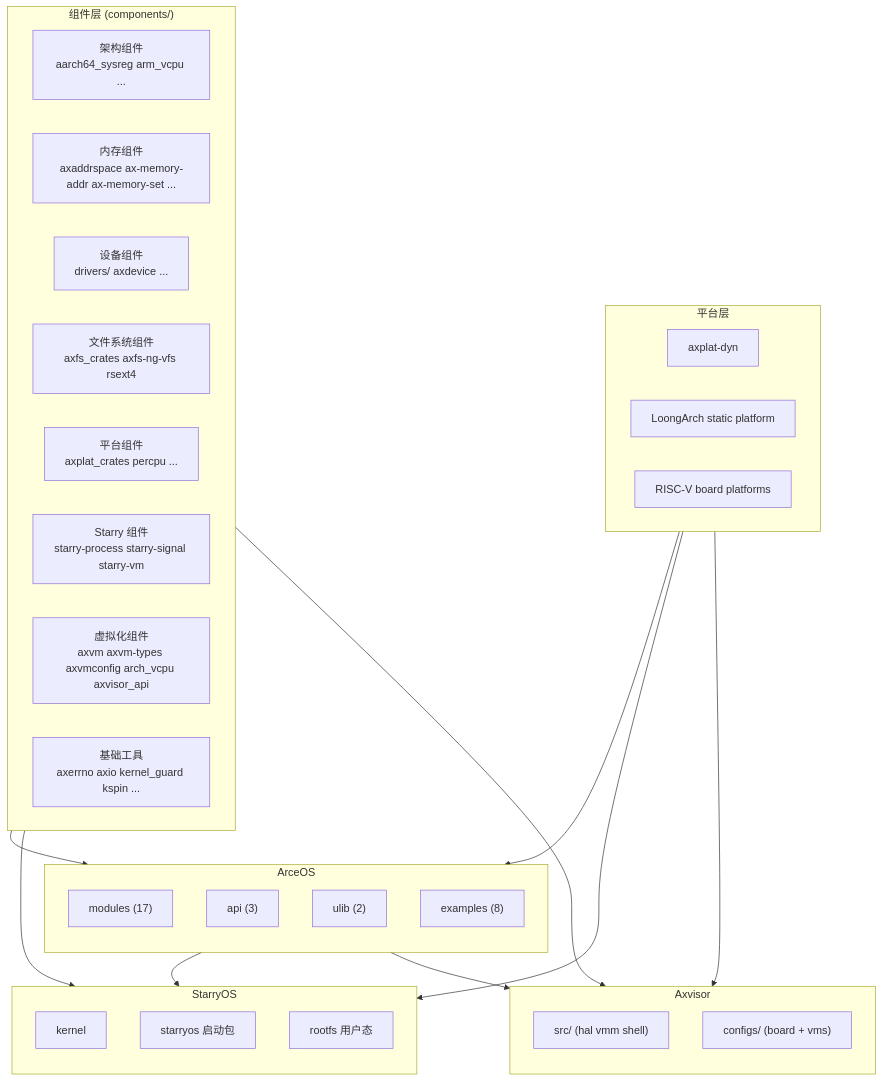
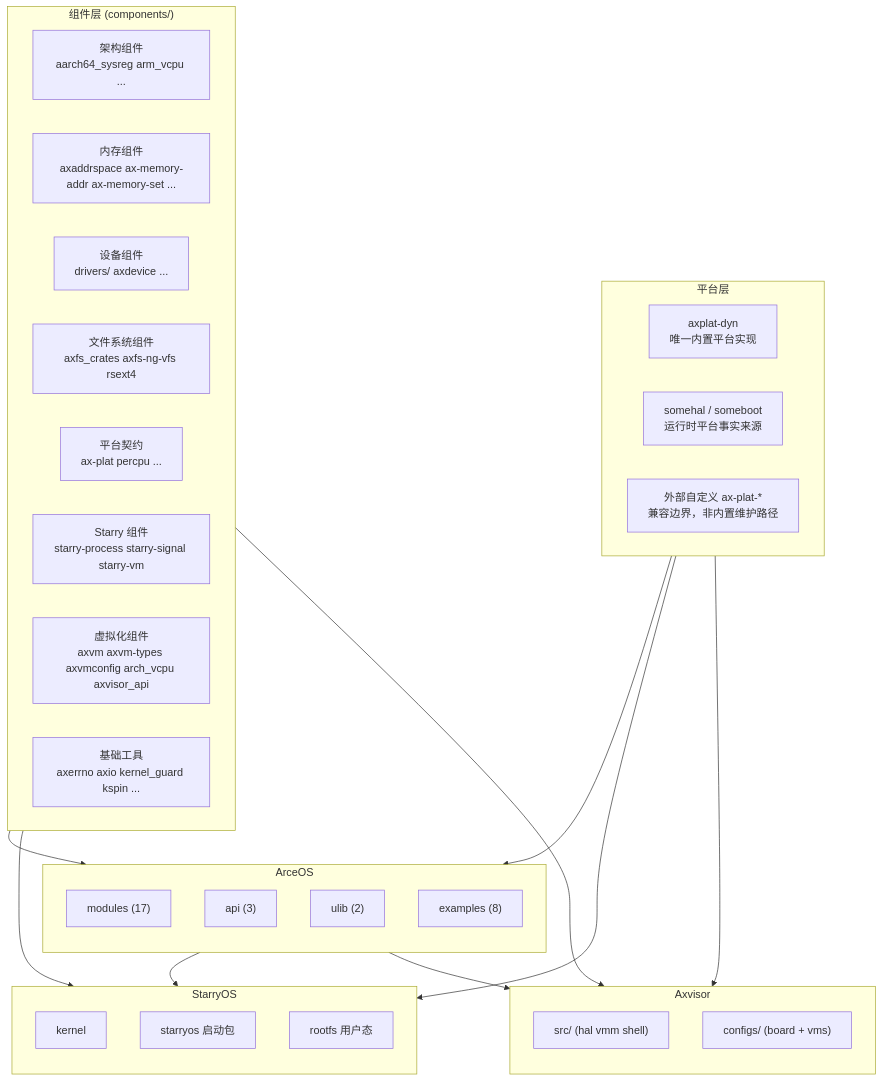
One commit to rcore-os/tgoskits changed the first of 2 diagrams in docs/docs/architecture/overview.md. Above: the diagram before and after it, drawn with Mermaid. The commit also changed other lines of this file and 25 other files, not shown here.

Commit message:
docs: establish axplat-dyn as sole platform path across all documentation

````diff
--- a/docs/docs/architecture/overview.md
+++ b/docs/docs/architecture/overview.md
@@ -10,51 +10,51 @@
 ```mermaid
 flowchart TD
     subgraph Components["组件层 (components/)"]
         direction LR
         C1["架构组件<br/>aarch64_sysreg arm_vcpu ..."]
         C2["内存组件<br/>axaddrspace ax-memory-addr ax-memory-set ..."]
         C3["设备组件<br/>drivers/ axdevice ..."]
         C4["文件系统组件<br/>axfs_crates axfs-ng-vfs rsext4"]
-        C5["平台组件<br/>axplat_crates percpu ..."]
+        C5["平台契约<br/>ax-plat percpu ..."]
         C6["Starry 组件<br/>starry-process starry-signal starry-vm"]
         C7["虚拟化组件<br/>axvm axvm-types axvmconfig arch_vcpu axvisor_api"]
         C8["基础工具<br/>axerrno axio kernel_guard kspin ..."]
     end
 
     subgraph ArceOS["ArceOS"]
         direction TB
         AM["modules (17)"]
         AA["api (3)"]
         AU["ulib (2)"]
         AX["examples (8)"]
     end
 
     subgraph StarryOS["StarryOS"]
         direction TB
         SK["kernel"]
         SP["starryos 启动包"]
         SR["rootfs 用户态"]
     end
 
     subgraph Axvisor["Axvisor"]
         direction TB
         AV["src/ (hal vmm shell)"]
         AC["configs/ (board + vms)"]
     end
 
     subgraph Platform["平台层"]
         direction LR
-        P1["axplat-dyn"]
-        P2["LoongArch static platform"]
-        P3["RISC-V board platforms"]
+        P1["axplat-dyn<br/>唯一内置平台实现"]
+        P2["somehal / someboot<br/>运行时平台事实来源"]
+        P3["外部自定义 ax-plat-*<br/>兼容边界，非内置维护路径"]
     end
 
     Components --> ArceOS
     Components --> StarryOS
     Components --> Axvisor
     ArceOS --> StarryOS
     ArceOS --> Axvisor
     Platform --> ArceOS
     Platform --> StarryOS
     Platform --> Axvisor
 ```
````
